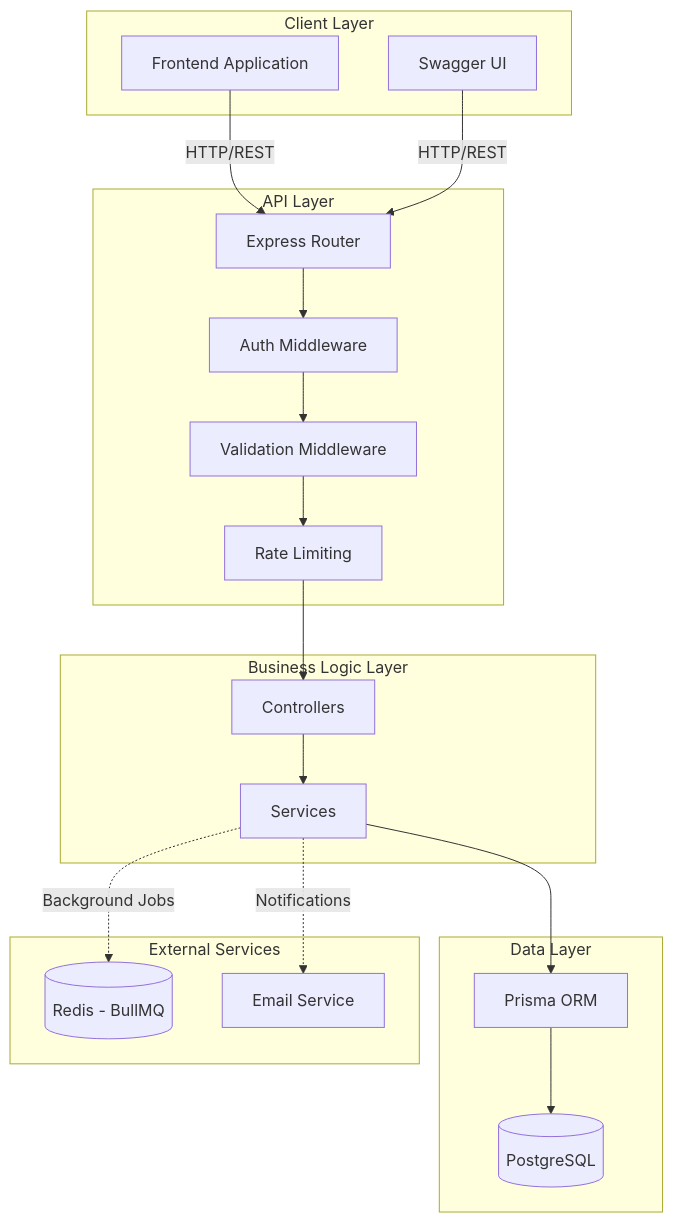
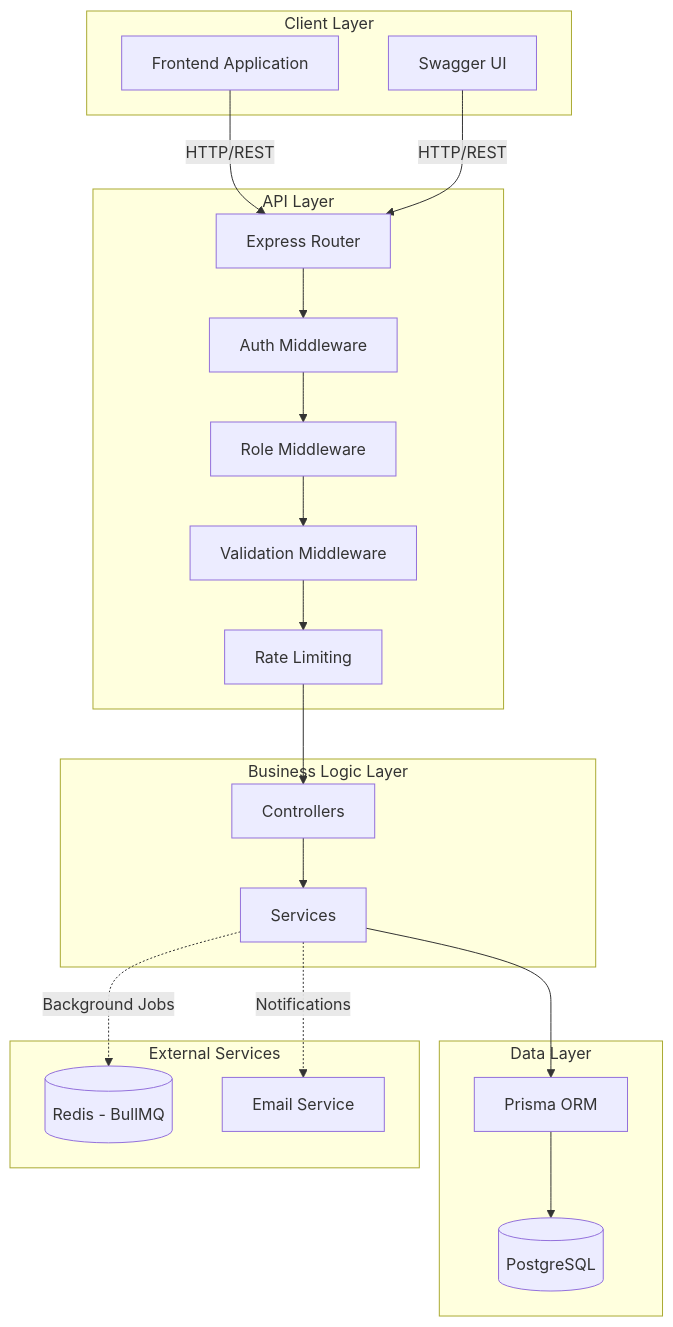
Before and after one commit to myloo23/dual-kepzes-frontend: the second of 9 diagrams in backend dokumentacio.md, drawn with Mermaid. The commit also changed other lines of this file and 3 other files, not shown here.

````diff
--- a/backend dokumentacio.md
+++ b/backend dokumentacio.md
@@ -174,41 +319,43 @@
 ```mermaid
 graph TB
     subgraph "Client Layer"
         FE[Frontend Application]
         Swagger[Swagger UI]
     end
 
     subgraph "API Layer"
         Router[Express Router]
         Auth[Auth Middleware]
+        RoleCheck[Role Middleware]
         Validation[Validation Middleware]
         RateLimit[Rate Limiting]
     end
 
     subgraph "Business Logic Layer"
         Controllers[Controllers]
         Services[Services]
     end
 
     subgraph "Data Layer"
         Prisma[Prisma ORM]
         DB[(PostgreSQL)]
     end
 
     subgraph "External Services"
         Redis[(Redis - BullMQ)]
         SMTP[Email Service]
     end
 
     FE -->|HTTP/REST| Router
     Swagger -->|HTTP/REST| Router
     Router --> Auth
-    Auth --> Validation
+    Auth --> RoleCheck
+    RoleCheck --> Validation
     Validation --> RateLimit
     RateLimit --> Controllers
     Controllers --> Services
     Services --> Prisma
     Prisma --> DB
     Services -.->|Background Jobs| Redis
     Services -.->|Notifications| SMTP
 ```
````
